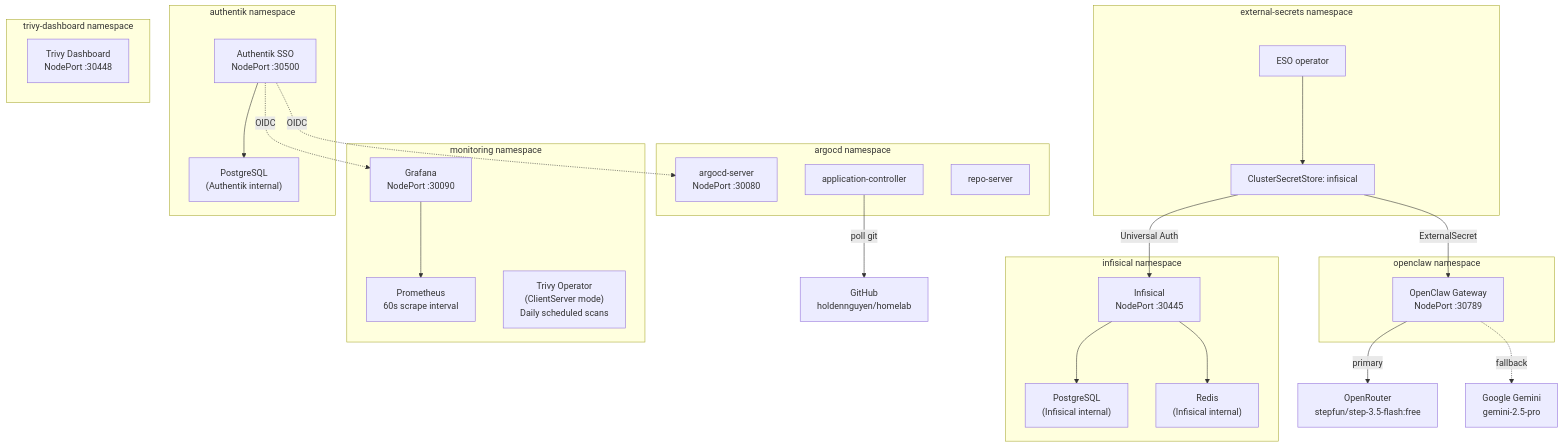
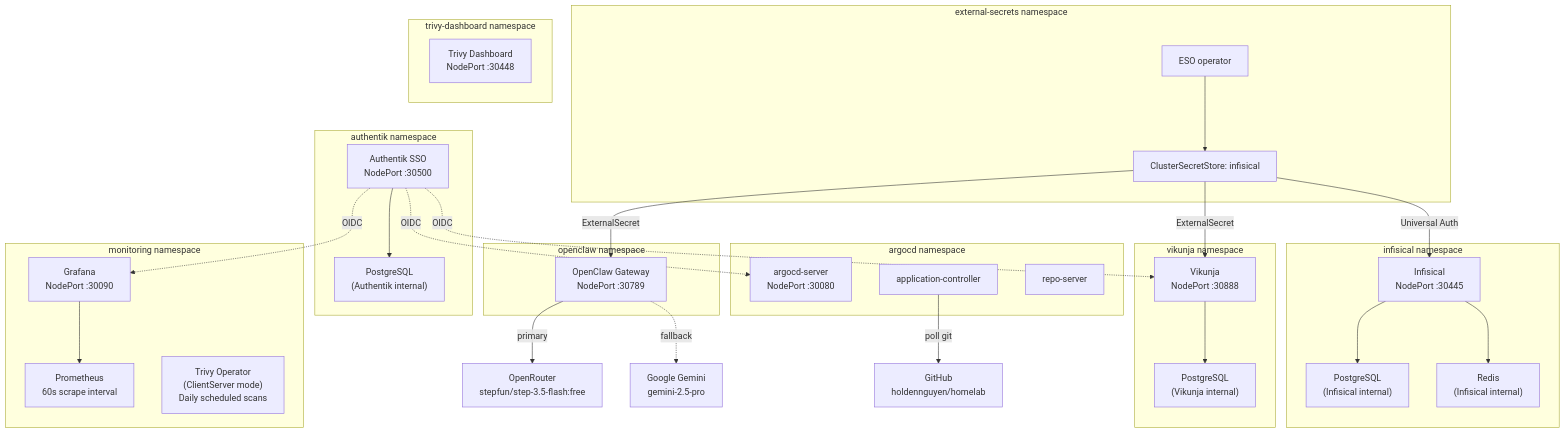
The fourth of 4 diagrams in docs/getting-started/architecture.md (haingth77/homelab), drawn with Mermaid before and after one commit. The commit also changed other lines of this file and 9 other files, not shown here.

````diff
--- a/docs/getting-started/architecture.md
+++ b/docs/getting-started/architecture.md
@@ -176,51 +177,59 @@
 ```mermaid
 flowchart TD
     subgraph infisicalNs["infisical namespace"]
         InfisicalPod["Infisical\nNodePort :30445"]
         InfisicalPG["PostgreSQL\n(Infisical internal)"]
         InfisicalRedis["Redis\n(Infisical internal)"]
         InfisicalPod --> InfisicalPG
         InfisicalPod --> InfisicalRedis
     end
 
     subgraph esoNs["external-secrets namespace"]
         ESOPod["ESO operator"]
         CSS["ClusterSecretStore: infisical"]
     end
 
     subgraph argocdNs["argocd namespace"]
         ArgoServer["argocd-server\nNodePort :30080"]
         ArgoController["application-controller"]
         ArgoRepo["repo-server"]
     end
 
     subgraph monNs["monitoring namespace"]
         GrafanaPod["Grafana\nNodePort :30090"]
         PromPod["Prometheus\n60s scrape interval"]
         TrivyPod["Trivy Operator\n(ClientServer mode)\nDaily scheduled scans"]
         GrafanaPod --> PromPod
     end
 
     subgraph authentikNs["authentik namespace"]
         AuthentikPod["Authentik SSO\nNodePort :30500"]
         AuthentikPG["PostgreSQL\n(Authentik internal)"]
         AuthentikPod --> AuthentikPG
     end
 
     subgraph openclawNs["openclaw namespace"]
         OpenClawPod["OpenClaw Gateway\nNodePort :30789"]
     end
 
     subgraph trivyDashNs["trivy-dashboard namespace"]
         TrivyDashPod["Trivy Dashboard\nNodePort :30448"]
     end
 
+    subgraph vikunjaNs["vikunja namespace"]
+        VikunjaPod["Vikunja\nNodePort :30888"]
+        VikunjaPG["PostgreSQL\n(Vikunja internal)"]
+        VikunjaPod --> VikunjaPG
+    end
+
     AuthentikPod -. "OIDC" .-> GrafanaPod
     AuthentikPod -. "OIDC" .-> ArgoServer
+    AuthentikPod -. "OIDC" .-> VikunjaPod
     ESOPod --> CSS
     CSS -- "Universal Auth" --> InfisicalPod
     CSS -- "ExternalSecret" --> OpenClawPod
+    CSS -- "ExternalSecret" --> VikunjaPod
     OpenClawPod -- "primary" --> OpenRouterAPI["OpenRouter\nstepfun/step-3.5-flash:free"]
     OpenClawPod -. "fallback" .-> GeminiAPI["Google Gemini\ngemini-2.5-pro"]
     ArgoController -- "poll git" --> GitHub["GitHub\nholdennguyen/homelab"]
 ```
````
